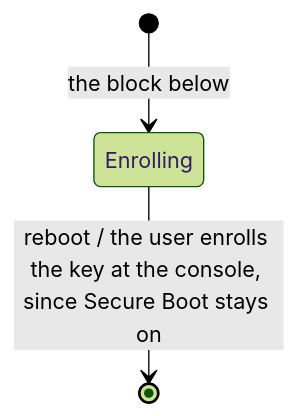
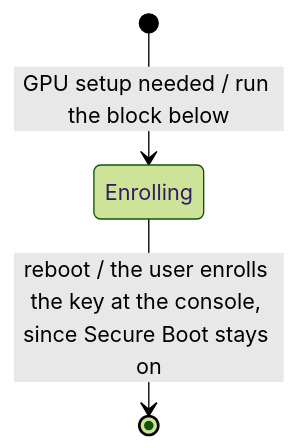
Before and after one commit to MP281X/deslop: the fifth of 5 diagrams in .claude/skills/environment/references/maintenance.md, drawn with Mermaid (forest theme). The commit also changed other lines of this file and 37 other files, not shown here.

````diff
--- a/.claude/skills/environment/references/maintenance.md
+++ b/.claude/skills/environment/references/maintenance.md
@@ -170,5 +173,5 @@
 ```mermaid
 stateDiagram-v2
-    [*] --> Enrolling : the block below
+    [*] --> Enrolling : GPU setup needed / run the block below
     Enrolling --> [*] : reboot / the user enrolls the key at the console, since Secure Boot stays on
 ```
````
